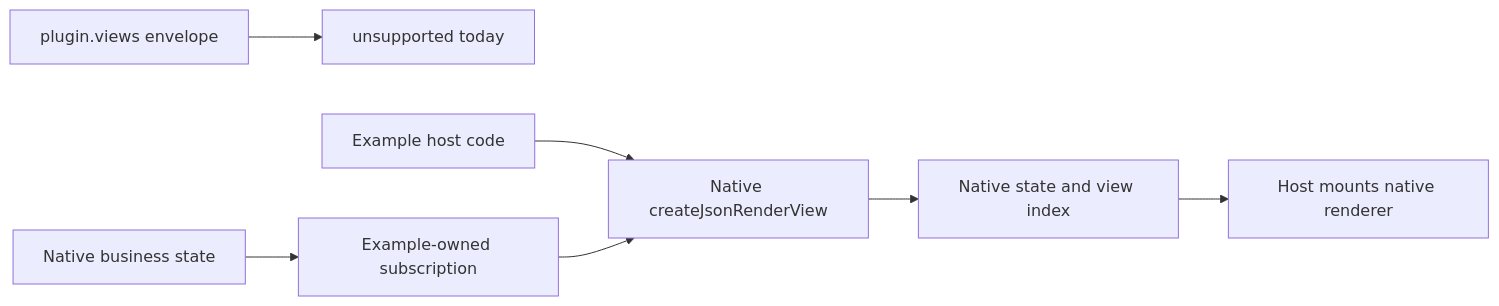
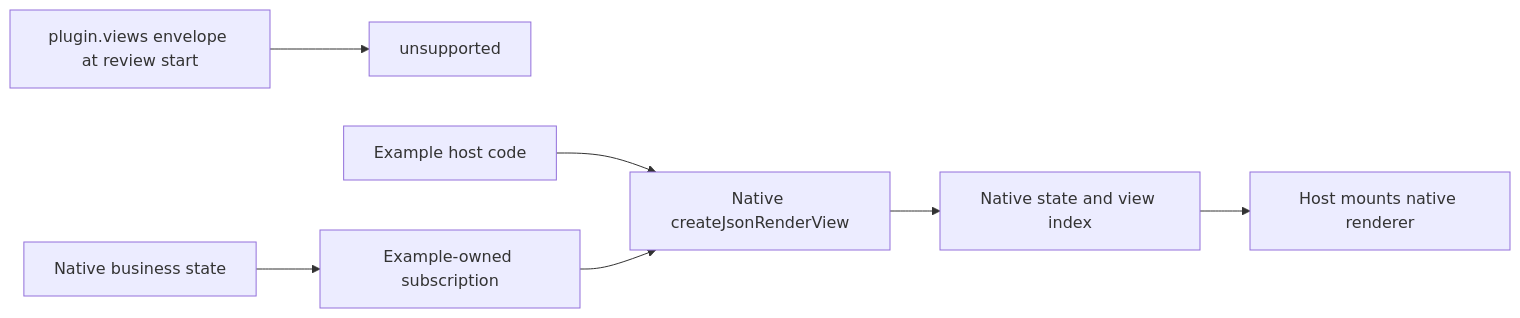
The first of 3 diagrams in docs/planning/012-portable-view-declaration.md (dvcol/devkit-extension), drawn with Mermaid before and after one commit. The commit also changed other lines of this file and 70 other files, not shown here.

````diff
--- a/docs/planning/012-portable-view-declaration.md
+++ b/docs/planning/012-portable-view-declaration.md
@@ -13,9 +15,9 @@
 ```mermaid
 flowchart LR
-  Plugin["plugin.views envelope"] --> Waiting["unsupported today"]
+  Plugin["plugin.views envelope at review start"] --> Waiting["unsupported"]
   Example["Example host code"] --> Publisher["Native createJsonRenderView"]
   Publisher --> Index["Native state and view index"]
   Index --> Surface["Host mounts native renderer"]
   State["Native business state"] --> Subscription["Example-owned subscription"]
   Subscription --> Publisher
 ```
````
